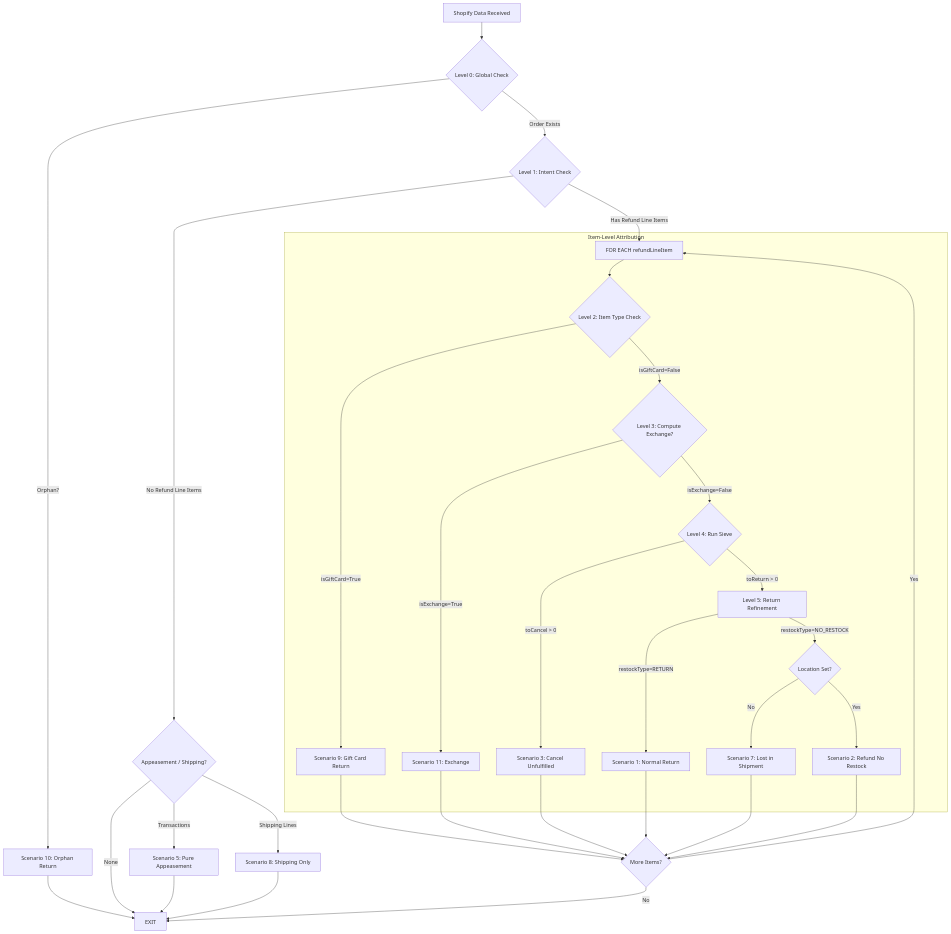
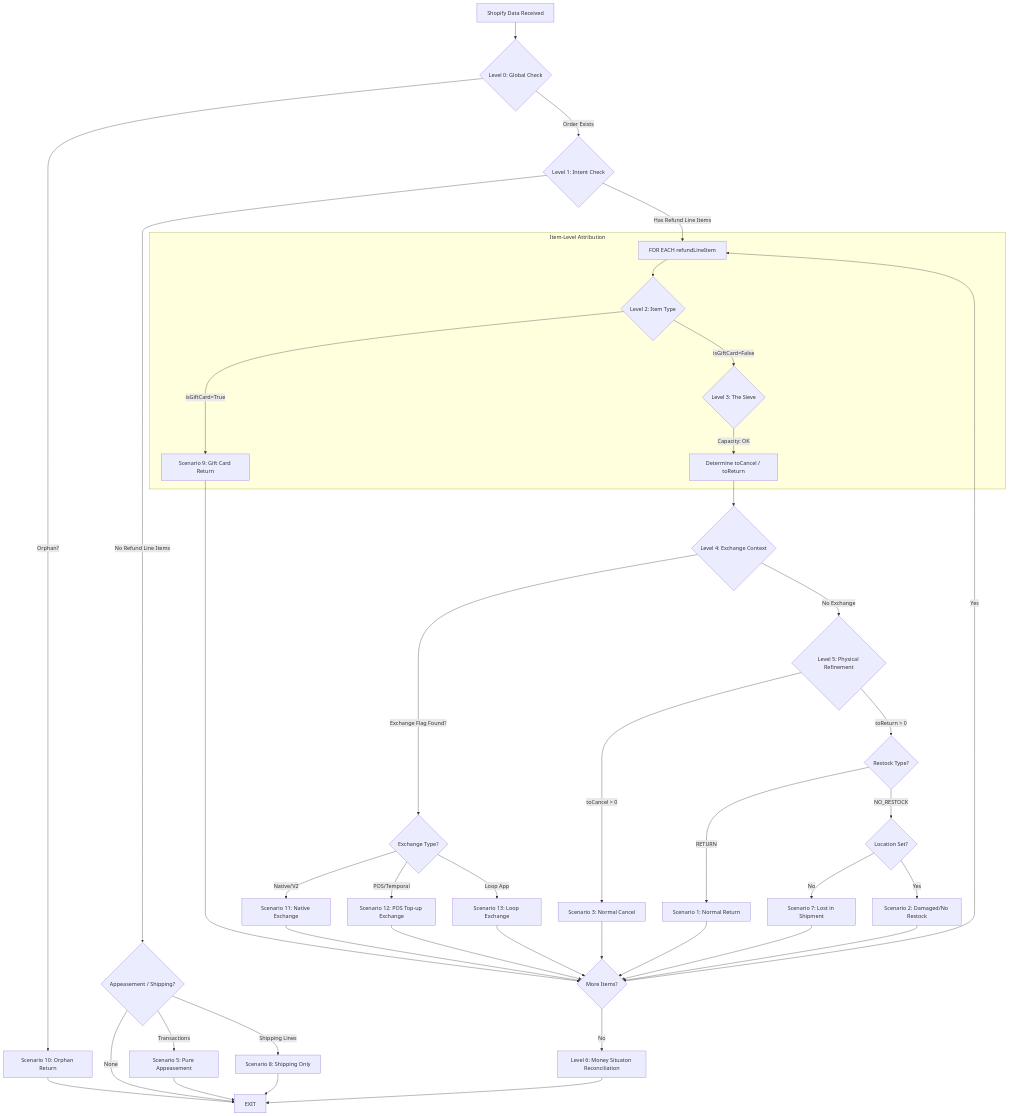
The diagram in docs/returns_refunds_decision_tree.md (hotwax/mantle-shopify-connector), drawn with Mermaid before and after one commit. The commit also changed other lines of this file, not shown here.

Commit message:
Redesign decision tree to focus on Exchange Relationships and Money Reconciliation

````diff
--- a/docs/returns_refunds_decision_tree.md
+++ b/docs/returns_refunds_decision_tree.md
@@ -7,47 +7,56 @@
 ```mermaid
 graph TD
     Start[Shopify Data Received] --> L0{Level 0: Global Check}
     
     L0 -->|Orphan?| Scenario10[Scenario 10: Orphan Return]
     Scenario10 --> Exit[EXIT]
     
     L0 -->|Order Exists| L1{Level 1: Intent Check}
     
     L1 -->|No Refund Line Items| L1_Sub{Appeasement / Shipping?}
     L1_Sub -->|Transactions| Scenario5[Scenario 5: Pure Appeasement]
     L1_Sub -->|Shipping Lines| Scenario8[Scenario 8: Shipping Only]
     L1_Sub -->|None| Exit
     Scenario5 --> Exit
     Scenario8 --> Exit
 
     L1 -->|Has Refund Line Items| LoopStart[FOR EACH refundLineItem]
     
     subgraph ItemLevel[Item-Level Attribution]
-        LoopStart --> L2{Level 2: Item Type Check}
-        
+        LoopStart --> L2{Level 2: Item Type}
         L2 -->|isGiftCard=True| Scenario9[Scenario 9: Gift Card Return]
         
-        L2 -->|isGiftCard=False| L3{Level 3: Compute Exchange?}
-        L3 -->|isExchange=True| Scenario11[Scenario 11: Exchange]
+        L2 -->|isGiftCard=False| L3{Level 3: The Sieve}
+        L3 -->|Capacity: OK| SieveRes[Determine toCancel / toReturn]
+    end
 
-        L3 -->|isExchange=False| L4{Level 4: Run Sieve}
-        
-        L4 -->|toCancel > 0| Scenario3[Scenario 3: Cancel Unfulfilled]
-        L4 -->|toReturn > 0| L5[Level 5: Return Refinement]
-        
-        L5 -->|restockType=RETURN| Scenario1[Scenario 1: Normal Return]
-        L5 -->|restockType=NO_RESTOCK| L5_Sub{Location Set?}
-        L5_Sub -->|No| Scenario7[Scenario 7: Lost in Shipment]
-        L5_Sub -->|Yes| Scenario2[Scenario 2: Refund No Restock]
-    end
+    SieveRes --> L4{Level 4: Exchange Context}
+    
+    L4 -->|Exchange Flag Found?| L4_Sub{Exchange Type?}
+    L4_Sub -->|Native/V2| Scenario11[Scenario 11: Native Exchange]
+    L4_Sub -->|Loop App| Scenario13[Scenario 13: Loop Exchange]
+    L4_Sub -->|POS/Temporal| Scenario12[Scenario 12: POS Top-up Exchange]
+    
+    L4 -->|No Exchange| L5{Level 5: Physical Refinement}
+    
+    L5 -->|toCancel > 0| Scenario3[Scenario 3: Normal Cancel]
+    L5 -->|toReturn > 0| L5_Sub{Restock Type?}
+    
+    L5_Sub -->|RETURN| Scenario1[Scenario 1: Normal Return]
+    L5_Sub -->|NO_RESTOCK| L5_Cond{Location Set?}
+    L5_Cond -->|No| Scenario7[Scenario 7: Lost in Shipment]
+    L5_Cond -->|Yes| Scenario2[Scenario 2: Damaged/No Restock]
 
     Scenario9 --> NextItem{More Items?}
     Scenario11 --> NextItem
+    Scenario12 --> NextItem
+    Scenario13 --> NextItem
     Scenario3 --> NextItem
     Scenario1 --> NextItem
     Scenario7 --> NextItem
     Scenario2 --> NextItem
     
     NextItem -->|Yes| LoopStart
-    NextItem -->|No| Exit
+    NextItem -->|No| Recon[Level 6: Money Situaton Reconciliation]
+    Recon --> Exit
 ```
````
